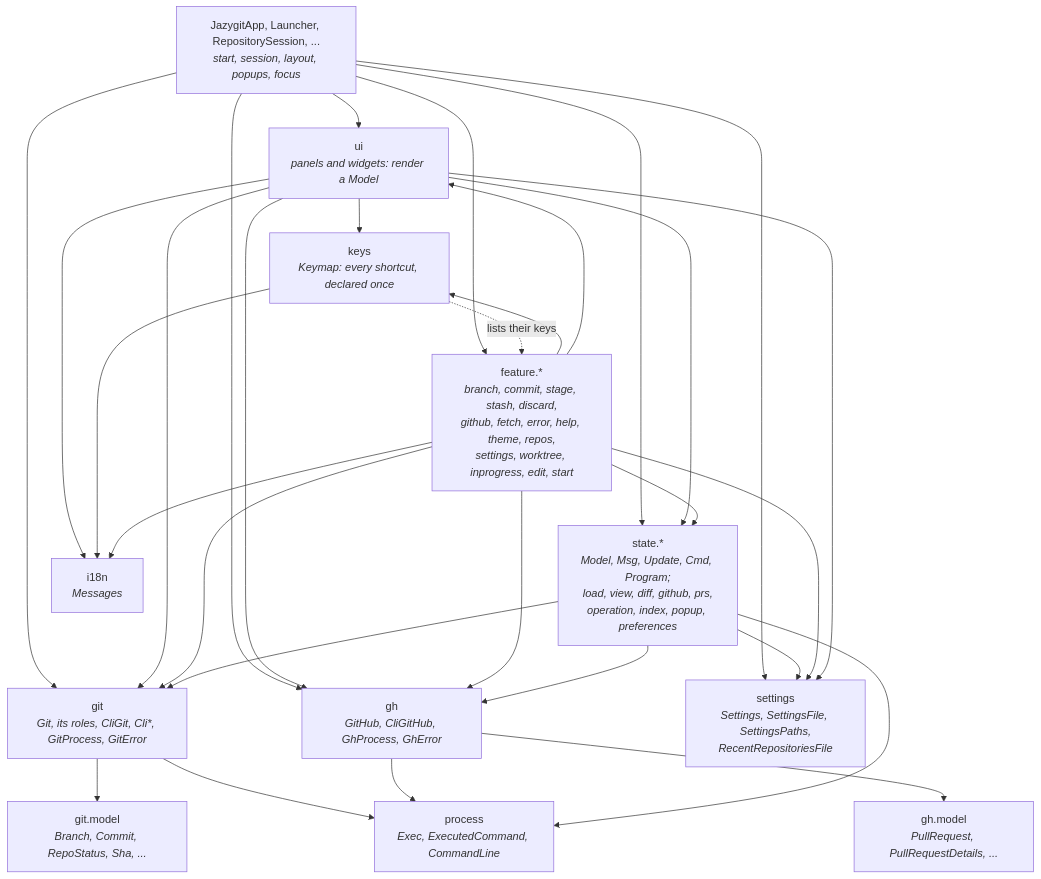
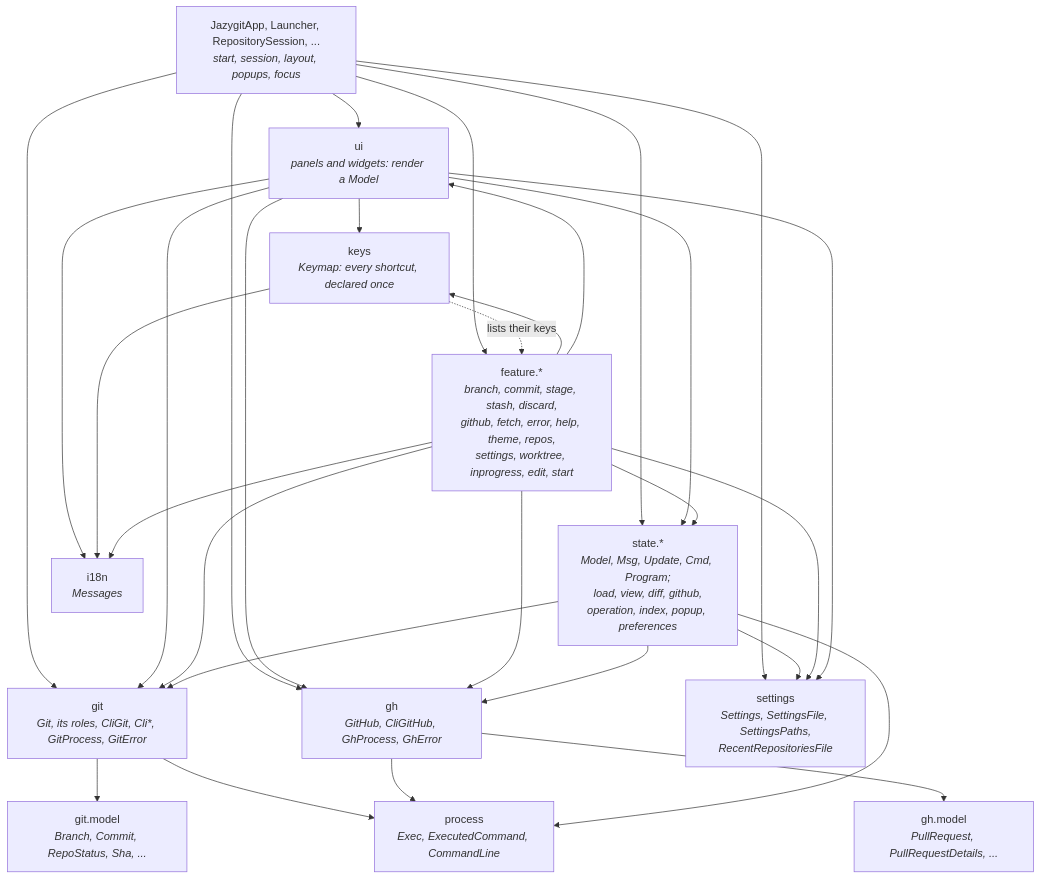
One commit to cvanfleteren/jazygit changed the first of 7 diagrams in ARCHITECTURE.md. Above: the diagram before and after it, drawn with Mermaid. The commit also changed other lines of this file and 114 other files, not shown here.

````diff
--- a/ARCHITECTURE.md
+++ b/ARCHITECTURE.md
@@ -47,45 +47,45 @@
 ```mermaid
 graph TD
     App["JazygitApp, Launcher, RepositorySession, ...<br/><i>start, session, layout, popups, focus</i>"]
     UI["ui<br/><i>panels and widgets: render a Model</i>"]
     Keys["keys<br/><i>Keymap: every shortcut, declared once</i>"]
     Feature["feature.*<br/><i>branch, commit, stage, stash, discard,<br/>github, fetch, error, help, theme, repos,<br/>settings, worktree, inprogress, edit, start</i>"]
-    State["state.*<br/><i>Model, Msg, Update, Cmd, Program;<br/>load, view, diff, github, prs,<br/>operation, index, popup, preferences</i>"]
+    State["state.*<br/><i>Model, Msg, Update, Cmd, Program;<br/>load, view, diff, github,<br/>operation, index, popup, preferences</i>"]
     Git["git<br/><i>Git, its roles, CliGit, Cli*, GitProcess, GitError</i>"]
     GitModel["git.model<br/><i>Branch, Commit, RepoStatus, Sha, ...</i>"]
     Gh["gh<br/><i>GitHub, CliGitHub, GhProcess, GhError</i>"]
     GhModel["gh.model<br/><i>PullRequest, PullRequestDetails, ...</i>"]
     Process["process<br/><i>Exec, ExecutedCommand, CommandLine</i>"]
     I18n["i18n<br/><i>Messages</i>"]
     Settings["settings<br/><i>Settings, SettingsFile, SettingsPaths,<br/>RecentRepositoriesFile</i>"]
 
     App --> UI
     App --> State
     App --> Feature
     App --> Git
     App --> Gh
     UI --> Keys
     UI --> State
     UI --> Git
     UI --> Gh
     Keys -. "lists their keys" .-> Feature
     Feature --> Keys
     Feature --> UI
     Feature --> State
     Feature --> Git
     State --> Git
     Git --> GitModel
     Feature --> Gh
     State --> Gh
     Gh --> GhModel
     Git --> Process
     Gh --> Process
     State --> Process
     UI --> I18n
     App --> Settings
     State --> Settings
     Feature --> Settings
     UI --> Settings
     Keys --> I18n
     Feature --> I18n
 ```
````
